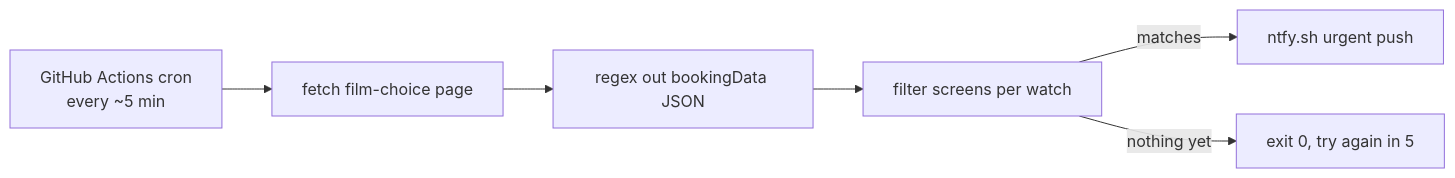
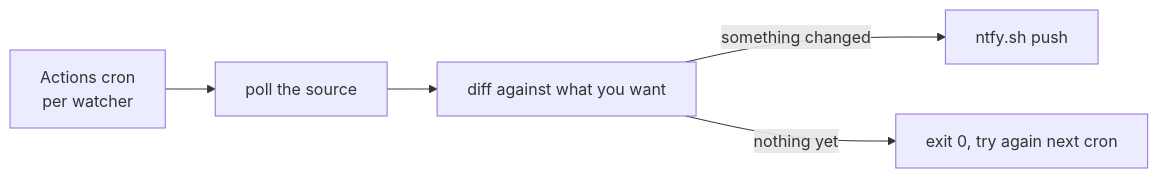
Before and after one commit to nitrimandylis/siren: the diagram in README.md, drawn with Mermaid. The commit also changed other lines of this file and 9 other files, not shown here.

Commit message:
restructure into one folder per watcher, add notion repos sync

````diff
--- a/README.md
+++ b/README.md
@@ -63,8 +85,7 @@
 ```mermaid
 flowchart LR
-    A[GitHub Actions cron<br/>every ~5 min] --> B[fetch film-choice page]
-    B --> C[regex out bookingData JSON]
-    C --> D[filter screens per watch]
-    D -->|matches| E[ntfy.sh urgent push]
-    D -->|nothing yet| F[exit 0, try again in 5]
+    A[Actions cron<br/>per watcher] --> B[poll the source]
+    B --> C[diff against what you want]
+    C -->|something changed| D[ntfy.sh push]
+    C -->|nothing yet| E[exit 0, try again next cron]
 ```
````
